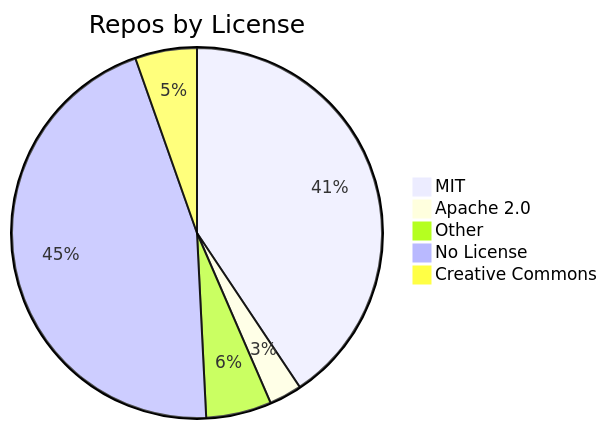
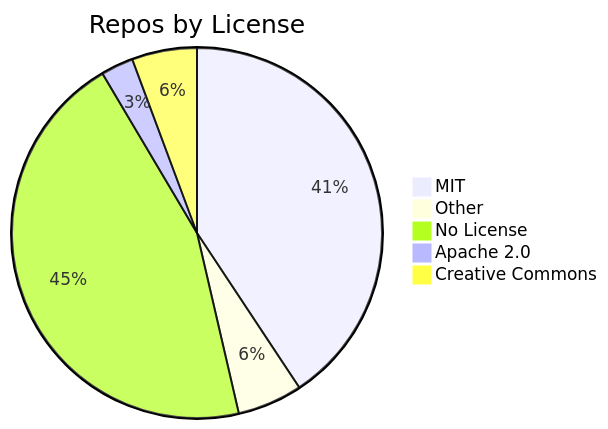
Before and after one commit to jpatterson933/awesome-mcp-server-repo-index: the diagram in README.md, drawn with Mermaid. The commit also changed other lines of this file and 3 other files, not shown here.

````diff
--- a/README.md
+++ b/README.md
@@ -29,8 +29,8 @@
 ```mermaid
 pie title Repos by License
-    "MIT" : 128
-    "Apache 2.0" : 9
+    "MIT" : 129
     "Other" : 18
     "No License" : 143
-    "Creative Commons" : 17
+    "Apache 2.0" : 9
+    "Creative Commons" : 18
 ```
````
